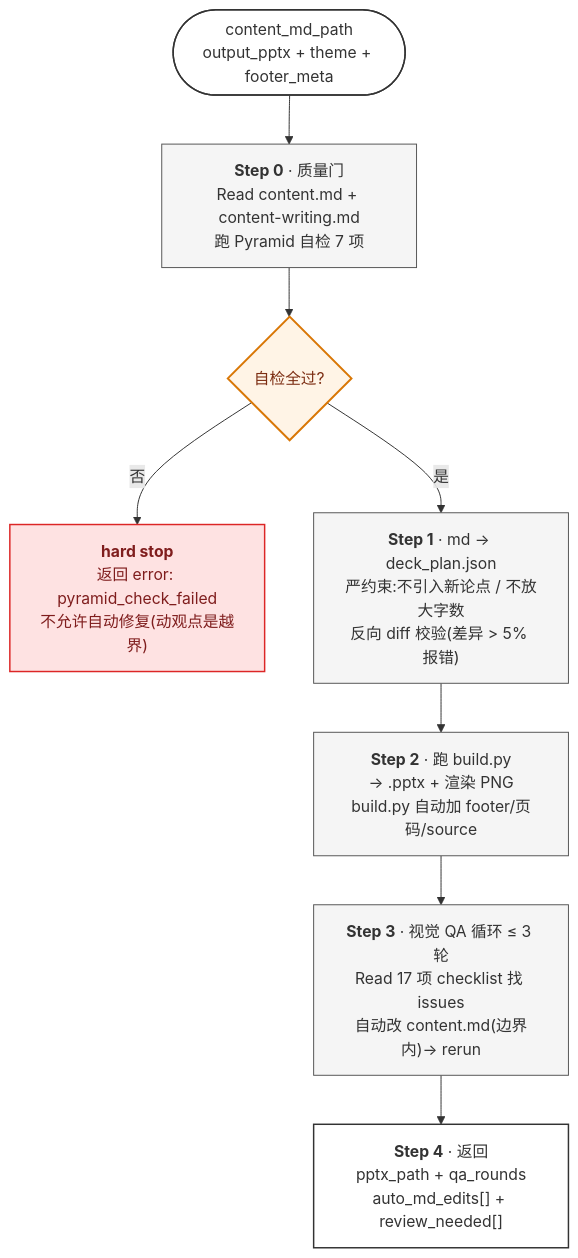
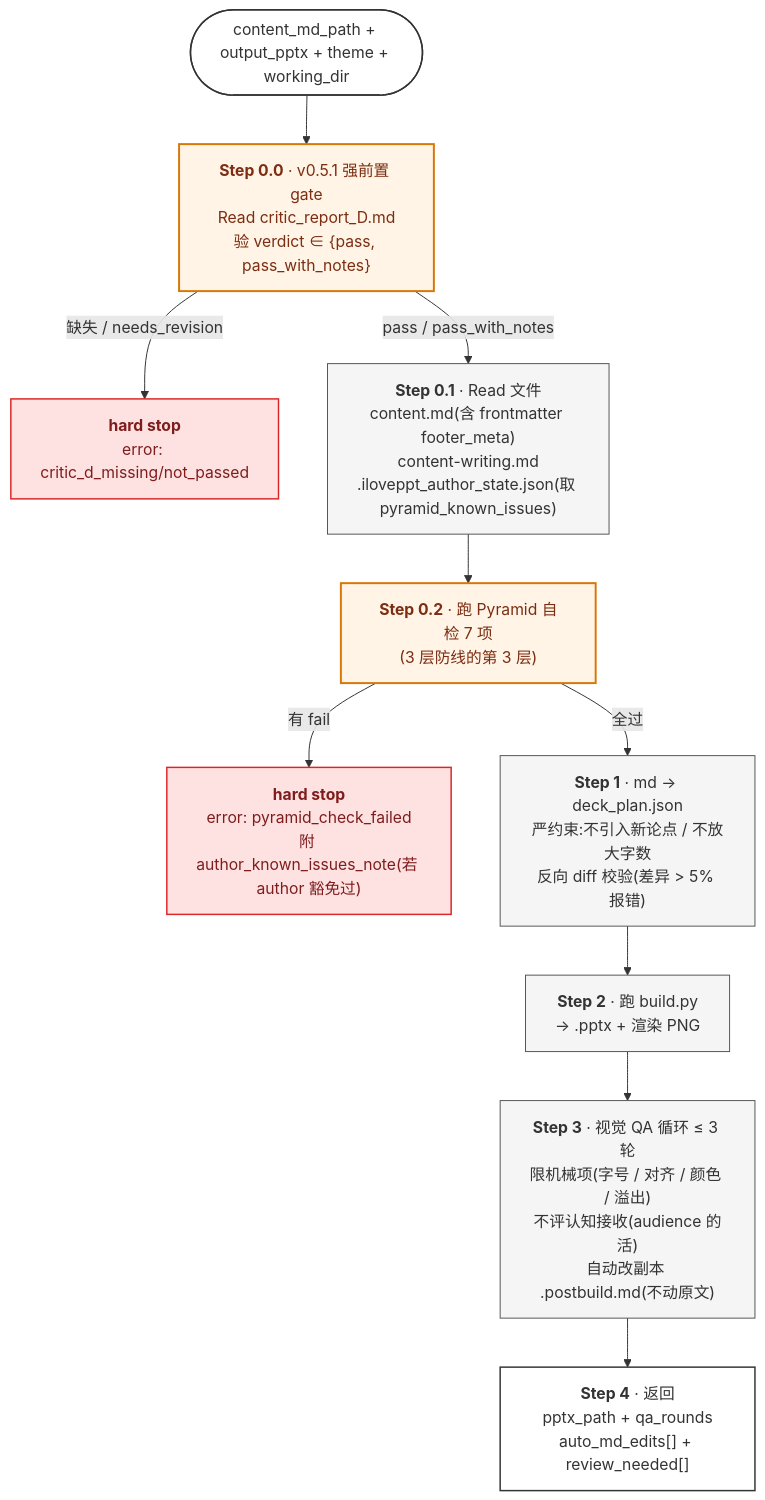
Before and after one commit to pcliangx/iLovePPT: the fifth of 11 diagrams in docs/agent-internals.zh.md, drawn with Mermaid. The commit also changed other lines of this file, not shown here.

````diff
--- a/docs/agent-internals.zh.md
+++ b/docs/agent-internals.zh.md
@@ -172,19 +288,23 @@
 ```mermaid
 flowchart TB
-    I([content_md_path<br/>output_pptx + theme + footer_meta]) --> S0
-    S0["<b>Step 0</b> · 质量门<br/>Read content.md + content-writing.md<br/>跑 Pyramid 自检 7 项"] --> P
-    P{自检全过?}
-    P -->|否| HS["<b>hard stop</b><br/>返回 error: pyramid_check_failed<br/>不允许自动修复(动观点是越界)"]
-    P -->|是| S1["<b>Step 1</b> · md → deck_plan.json<br/>严约束:不引入新论点 / 不放大字数<br/>反向 diff 校验(差异 > 5% 报错)"]
-    S1 --> S2["<b>Step 2</b> · 跑 build.py<br/>→ .pptx + 渲染 PNG<br/>build.py 自动加 footer/页码/source"]
-    S2 --> S3["<b>Step 3</b> · 视觉 QA 循环 ≤ 3 轮<br/>Read 17 项 checklist 找 issues<br/>自动改 content.md(边界内)→ rerun"]
+    I([content_md_path + output_pptx + theme + working_dir]) --> S00
+    S00["<b>Step 0.0</b> · v0.5.1 强前置 gate<br/>Read critic_report_D.md<br/>验 verdict ∈ {pass, pass_with_notes}"]
+    S00 -->|缺失 / needs_revision| HS0["<b>hard stop</b><br/>error: critic_d_missing/not_passed"]
+    S00 -->|pass / pass_with_notes| S01
+    S01["<b>Step 0.1</b> · Read 文件<br/>content.md(含 frontmatter footer_meta)<br/>content-writing.md<br/>.iloveppt_author_state.json(取 pyramid_known_issues)"] --> S02
+    S02["<b>Step 0.2</b> · 跑 Pyramid 自检 7 项<br/>(3 层防线的第 3 层)"]
+    S02 -->|有 fail| HS2["<b>hard stop</b><br/>error: pyramid_check_failed<br/>附 author_known_issues_note(若 author 豁免过)"]
+    S02 -->|全过| S1
+    S1["<b>Step 1</b> · md → deck_plan.json<br/>严约束:不引入新论点 / 不放大字数<br/>反向 diff 校验(差异 > 5% 报错)"]
+    S1 --> S2["<b>Step 2</b> · 跑 build.py<br/>→ .pptx + 渲染 PNG"]
+    S2 --> S3["<b>Step 3</b> · 视觉 QA 循环 ≤ 3 轮<br/>限机械项(字号 / 对齐 / 颜色 / 溢出)<br/>不评认知接收(audience 的活)<br/>自动改副本 .postbuild.md(不动原文)"]
     S3 --> S4["<b>Step 4</b> · 返回<br/>pptx_path + qa_rounds<br/>auto_md_edits[] + review_needed[]"]
     classDef io fill:#FFF,stroke:#333,stroke-width:1.5px
     classDef step fill:#F5F5F5,stroke:#555
     classDef gate fill:#FFF4E6,stroke:#D97706,stroke-width:2px,color:#7C2D12
     classDef fail fill:#FEE2E2,stroke:#DC2626,stroke-width:1.5px,color:#7F1D1D
     class I,S4 io
-    class S0,S1,S2,S3 step
-    class P gate
-    class HS fail
+    class S01,S1,S2,S3 step
+    class S00,S02 gate
+    class HS0,HS2 fail
 ```
````
